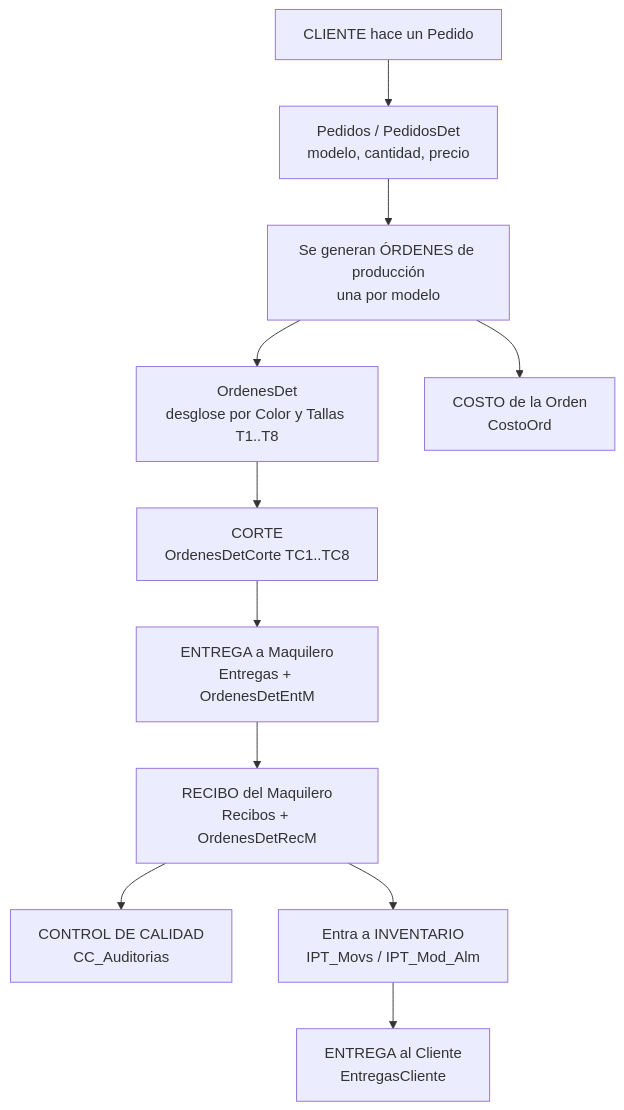
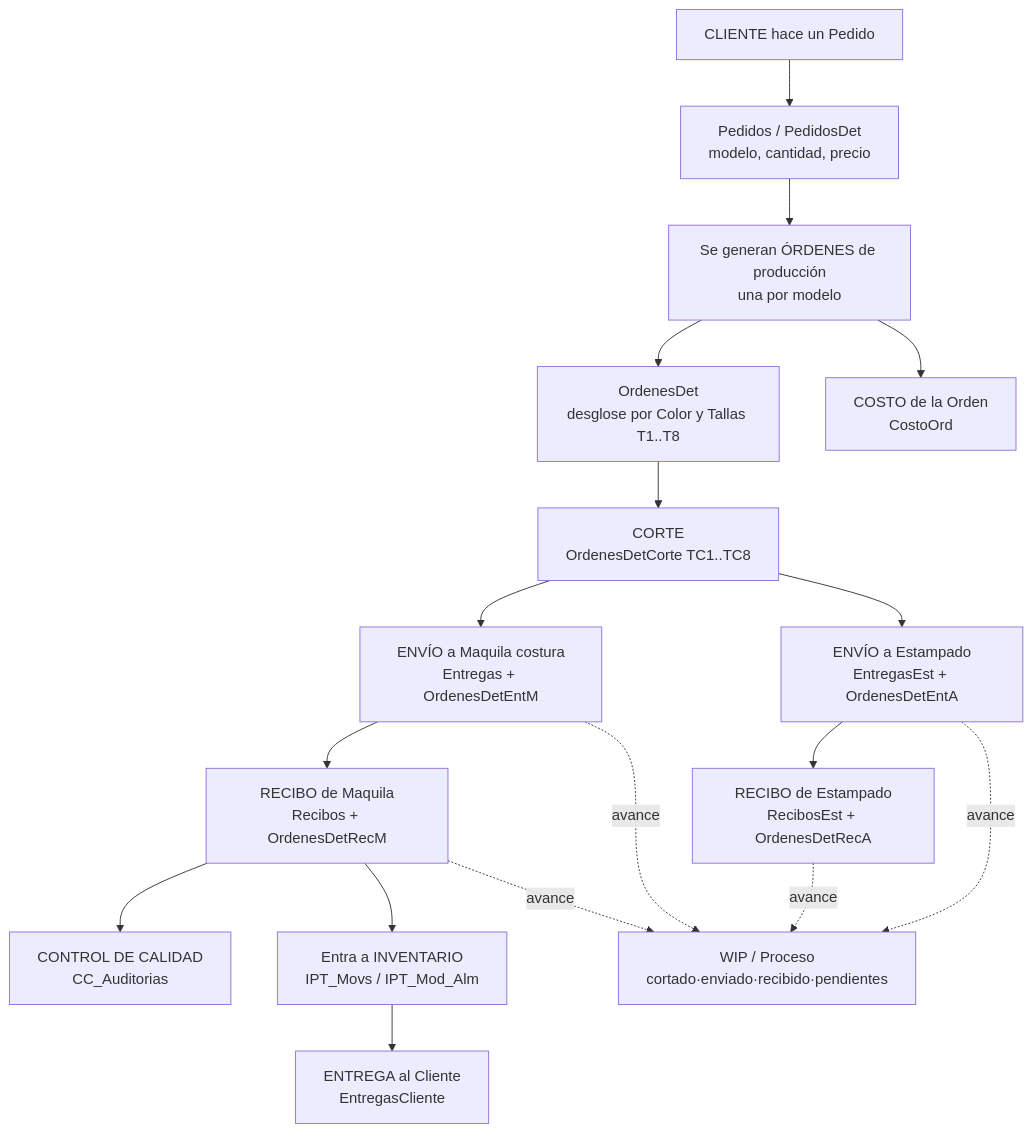
The diagram in Documentacion_MJD/03-Produccion.md (DanFrModa/Respaldo-Control-CLAUDE), drawn with Mermaid before and after one commit. The commit also changed other lines of this file and 6 other files, not shown here.

Commit message:
Update production flow documentation and clarify maquila processes in multiple files

````diff
--- a/Documentacion_MJD/03-Produccion.md
+++ b/Documentacion_MJD/03-Produccion.md
@@ -7,13 +7,19 @@
 ```mermaid
 flowchart TD
     A[CLIENTE hace un Pedido] --> B[Pedidos / PedidosDet<br/>modelo, cantidad, precio]
     B --> C[Se generan ÓRDENES de producción<br/>una por modelo]
     C --> D[OrdenesDet<br/>desglose por Color y Tallas T1..T8]
     D --> E[CORTE<br/>OrdenesDetCorte TC1..TC8]
-    E --> F[ENTREGA a Maquilero<br/>Entregas + OrdenesDetEntM]
-    F --> G[RECIBO del Maquilero<br/>Recibos + OrdenesDetRecM]
+    E --> F[ENVÍO a Maquila costura<br/>Entregas + OrdenesDetEntM]
+    F --> G[RECIBO de Maquila<br/>Recibos + OrdenesDetRecM]
+    E --> EE[ENVÍO a Estampado<br/>EntregasEst + OrdenesDetEntA]
+    EE --> GE[RECIBO de Estampado<br/>RecibosEst + OrdenesDetRecA]
     G --> H[CONTROL DE CALIDAD<br/>CC_Auditorias]
     G --> I[Entra a INVENTARIO<br/>IPT_Movs / IPT_Mod_Alm]
     I --> J[ENTREGA al Cliente<br/>EntregasCliente]
     C --> K[COSTO de la Orden<br/>CostoOrd]
+    F -.avance.-> W[WIP / Proceso<br/>cortado·enviado·recibido·pendientes]
+    G -.avance.-> W
+    EE -.avance.-> W
+    GE -.avance.-> W
 ```
````
